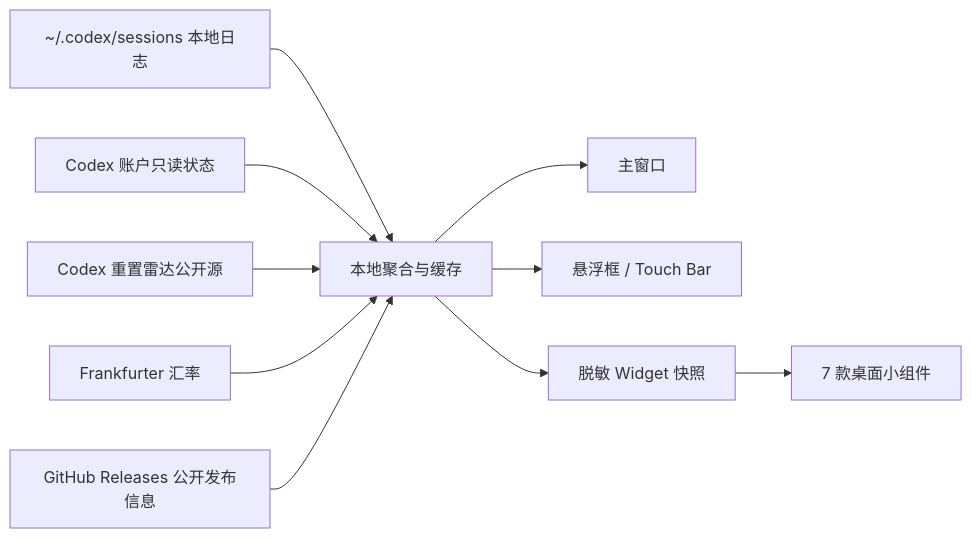
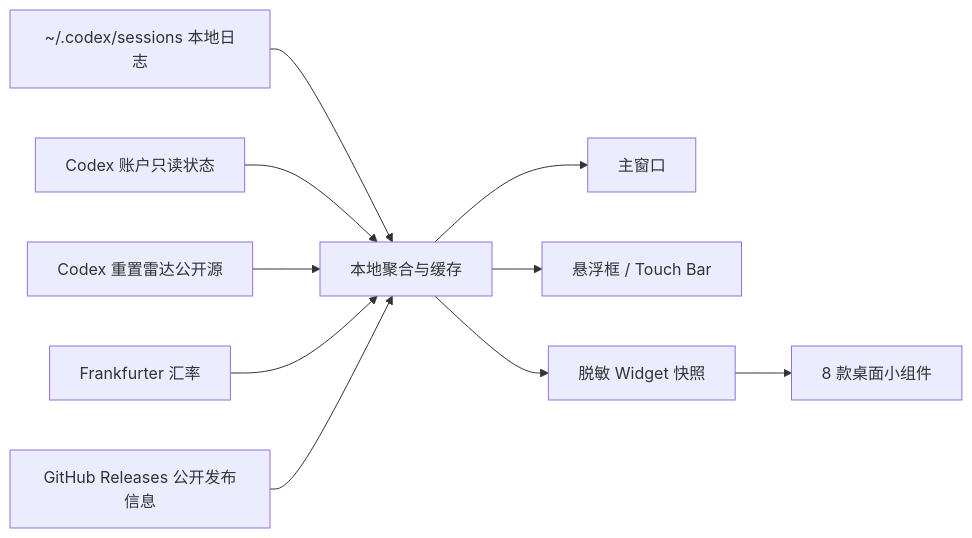
The diagram in README.md (huohuo143/codex-pulse), drawn with Mermaid before and after one commit. The commit also changed other lines of this file and 84 other files, not shown here.

````diff
--- a/README.md
+++ b/README.md
@@ -206,12 +221,12 @@
 ```mermaid
 flowchart LR
   A["~/.codex/sessions 本地日志"] --> E["本地聚合与缓存"]
   B["Codex 账户只读状态"] --> E
   C["Codex 重置雷达公开源"] --> E
   D["Frankfurter 汇率"] --> E
   J["GitHub Releases 公开发布信息"] --> E
   E --> F["主窗口"]
   E --> G["悬浮框 / Touch Bar"]
   E --> H["脱敏 Widget 快照"]
-  H --> I["7 款桌面小组件"]
+  H --> I["8 款桌面小组件"]
 ```
````
